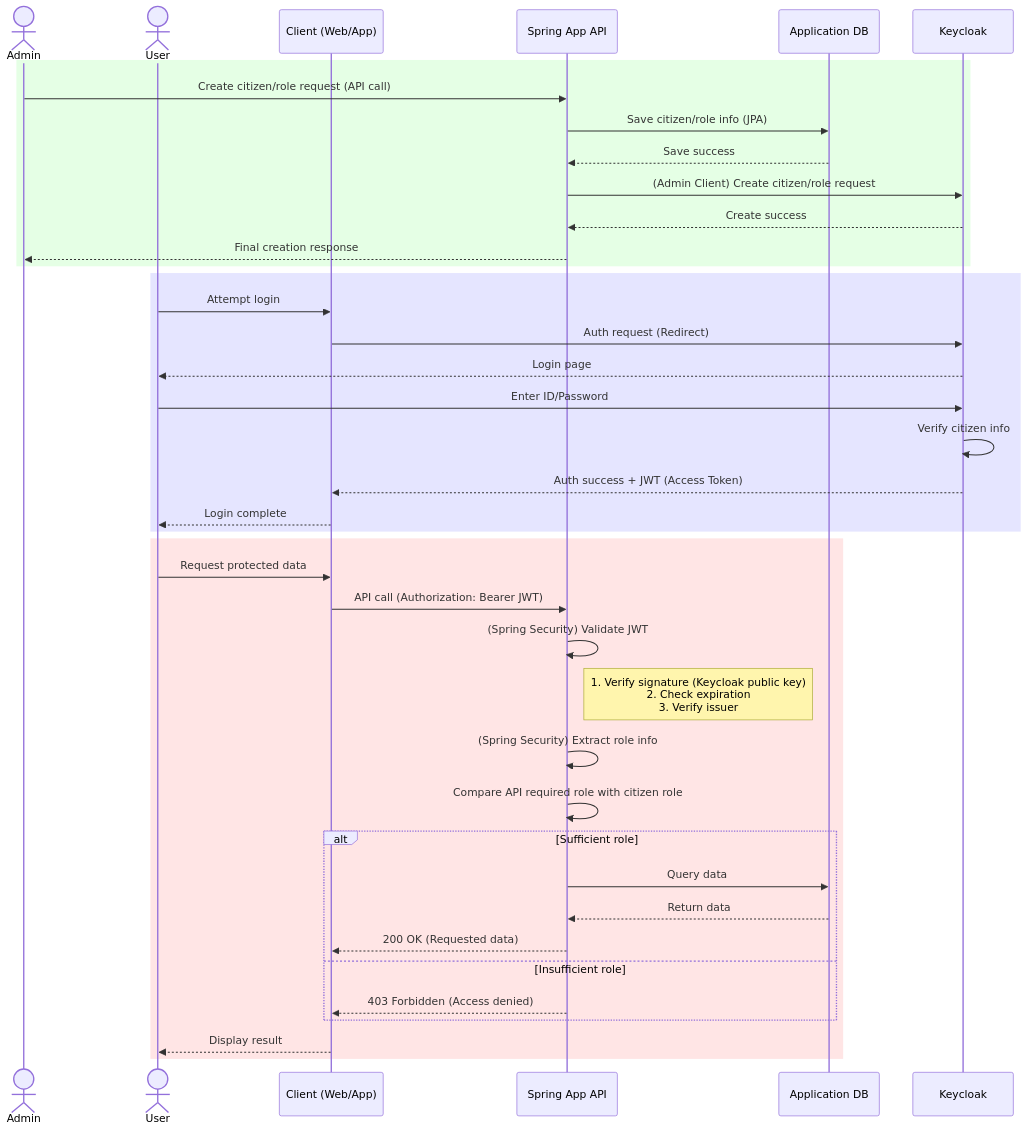
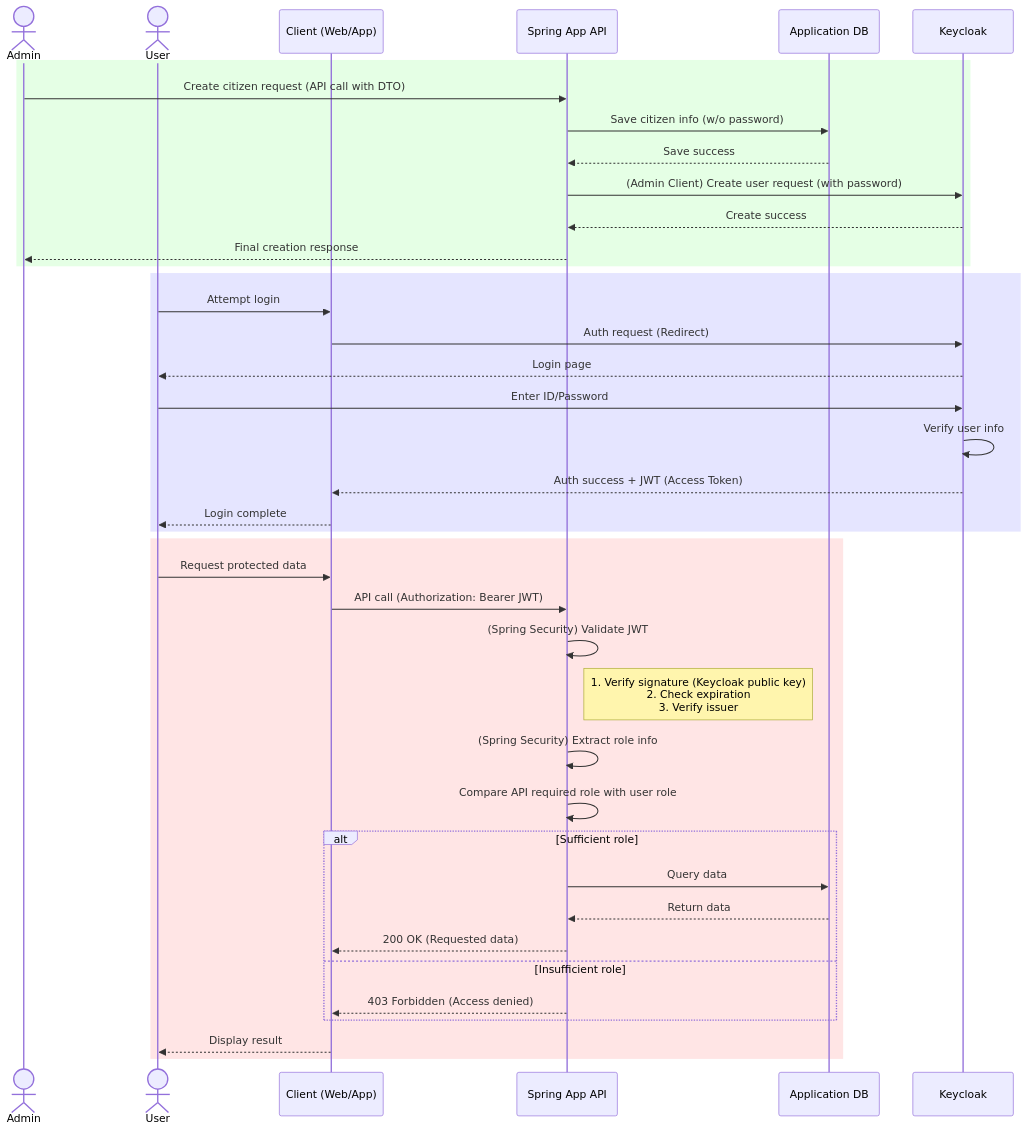
One commit to kth9916/pro changed the diagram in docs/keycloak_인증인가_개념_정리.md. Above: the diagram before and after it, drawn with Mermaid. The commit also changed other lines of this file and 1 other file, not shown here.

Commit message:
:art: User -> Citizen 변경, 비밀번호 제거

````diff
--- a/docs/keycloak_인증인가_개념_정리.md
+++ b/docs/keycloak_인증인가_개념_정리.md
@@ -180,48 +168,48 @@
 ```mermaid
 sequenceDiagram
     actor Admin
     actor User
     participant Client as Client (Web/App)
     participant SpringApp as Spring App API
     participant AppDB as Application DB
     participant Keycloak as Keycloak
 
     %% 1. Role & User Registration %%
     rect rgba(0, 255, 0, 0.1)
-        Admin->>SpringApp: Create citizen/role request (API call)
-        SpringApp->>AppDB: Save citizen/role info (JPA)
+        Admin->>SpringApp: Create citizen request (API call with DTO)
+        SpringApp->>AppDB: Save citizen info (w/o password)
         AppDB-->>SpringApp: Save success
-        SpringApp->>Keycloak: (Admin Client) Create citizen/role request
+        SpringApp->>Keycloak: (Admin Client) Create user request (with password)
         Keycloak-->>SpringApp: Create success
         SpringApp-->>Admin: Final creation response
     end
 
     %% 2. User Authentication (Login) %%
     rect rgba(0, 0, 255, 0.1)
         User->>Client: Attempt login
         Client->>Keycloak: Auth request (Redirect)
         Keycloak-->>User: Login page
         User->>Keycloak: Enter ID/Password
-        Keycloak->>Keycloak: Verify citizen info
+        Keycloak->>Keycloak: Verify user info
         Keycloak-->>Client: Auth success + JWT (Access Token)
         Client-->>User: Login complete
     end
 
     %% 3. API Access & Authorization %%
     rect rgba(255, 0, 0, 0.1)
         User->>Client: Request protected data
         Client->>SpringApp: API call (Authorization: Bearer JWT)
         SpringApp->>SpringApp: (Spring Security) Validate JWT
         Note right of SpringApp: 1. Verify signature (Keycloak public key)<br/>2. Check expiration<br/>3. Verify issuer
         SpringApp->>SpringApp: (Spring Security) Extract role info
-        SpringApp->>SpringApp: Compare API required role with citizen role
+        SpringApp->>SpringApp: Compare API required role with user role
         alt Sufficient role
             SpringApp->>AppDB: Query data
             AppDB-->>SpringApp: Return data
             SpringApp-->>Client: 200 OK (Requested data)
         else Insufficient role
             SpringApp-->>Client: 403 Forbidden (Access denied)
         end
         Client-->>User: Display result
     end
 ```
````
